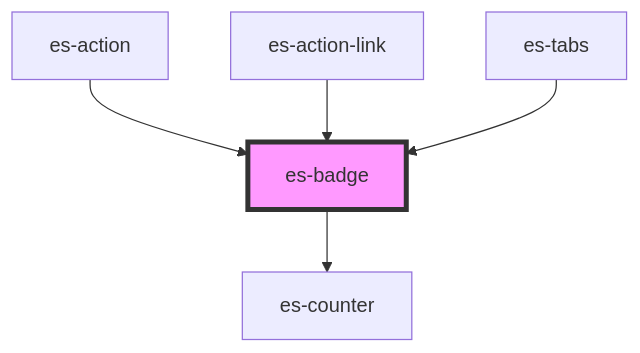
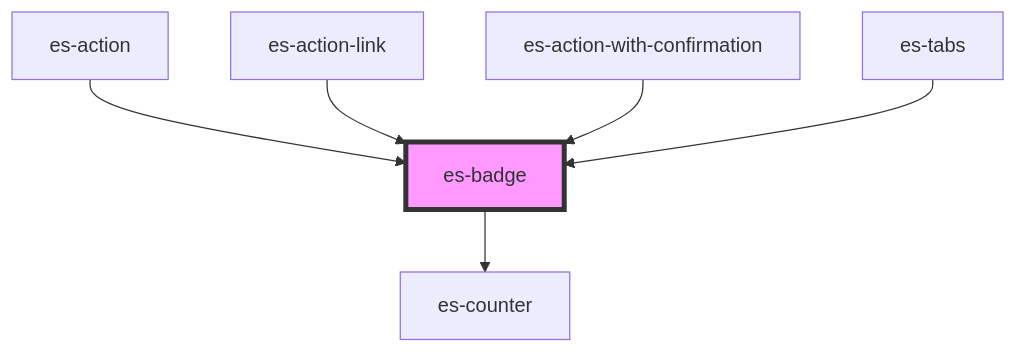
One commit to EventStore/Design-System changed the diagram in packages/components/src/components/es-badge/readme.md. Above: the diagram before and after it, drawn with Mermaid. The commit also changed other lines of this file and 30 other files, not shown here.

Commit message:
Rework `es-action-delete` to `es-action-with-confirmation` to be more generic - Rename / rework `es-delete-modal` to `es-confirm-modal` - Replace `es-action-delete` with `ActionDelete` - Replace `es-action-copy` with `ActionCopy` - Update usage and demos

````diff
--- a/packages/components/src/components/es-badge/readme.md
+++ b/packages/components/src/components/es-badge/readme.md
@@ -130,8 +131,9 @@
 ```mermaid
 graph TD;
   es-badge --> es-counter
   es-action --> es-badge
   es-action-link --> es-badge
+  es-action-with-confirmation --> es-badge
   es-tabs --> es-badge
   style es-badge fill:#f9f,stroke:#333,stroke-width:4px
 ```
````
